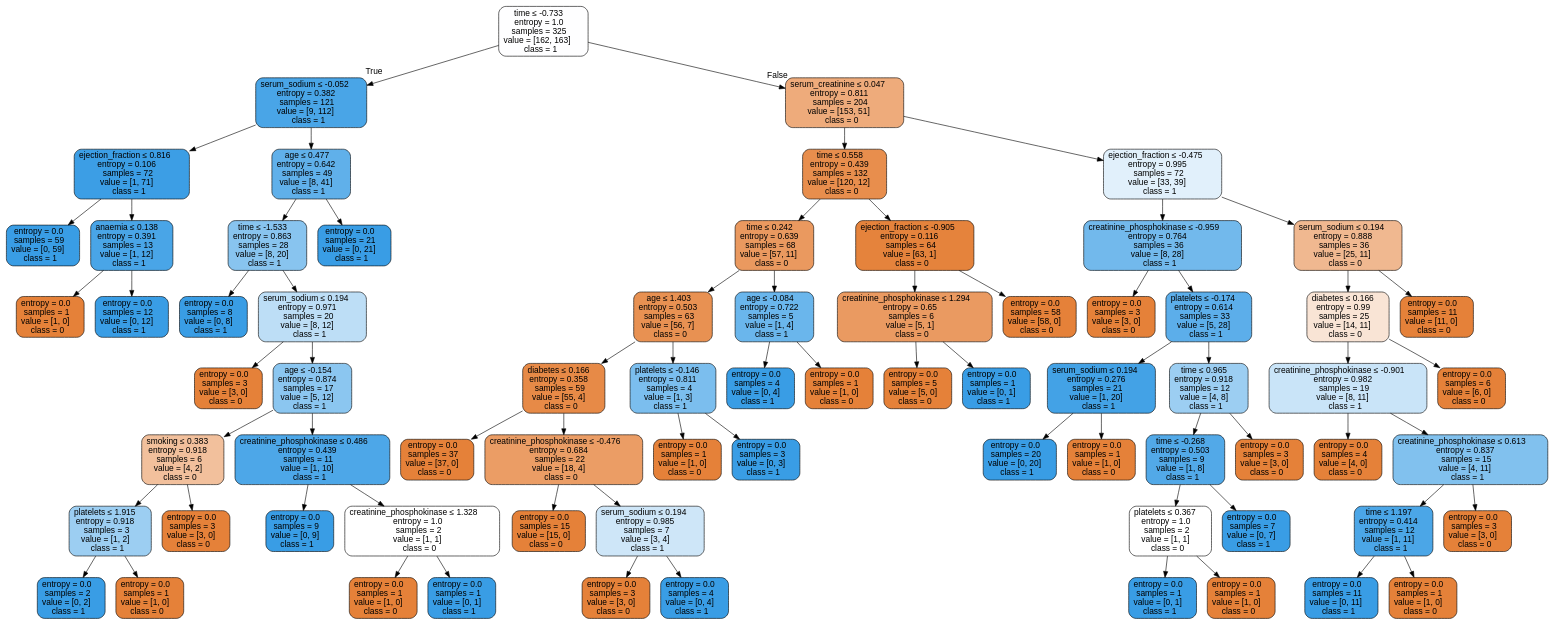
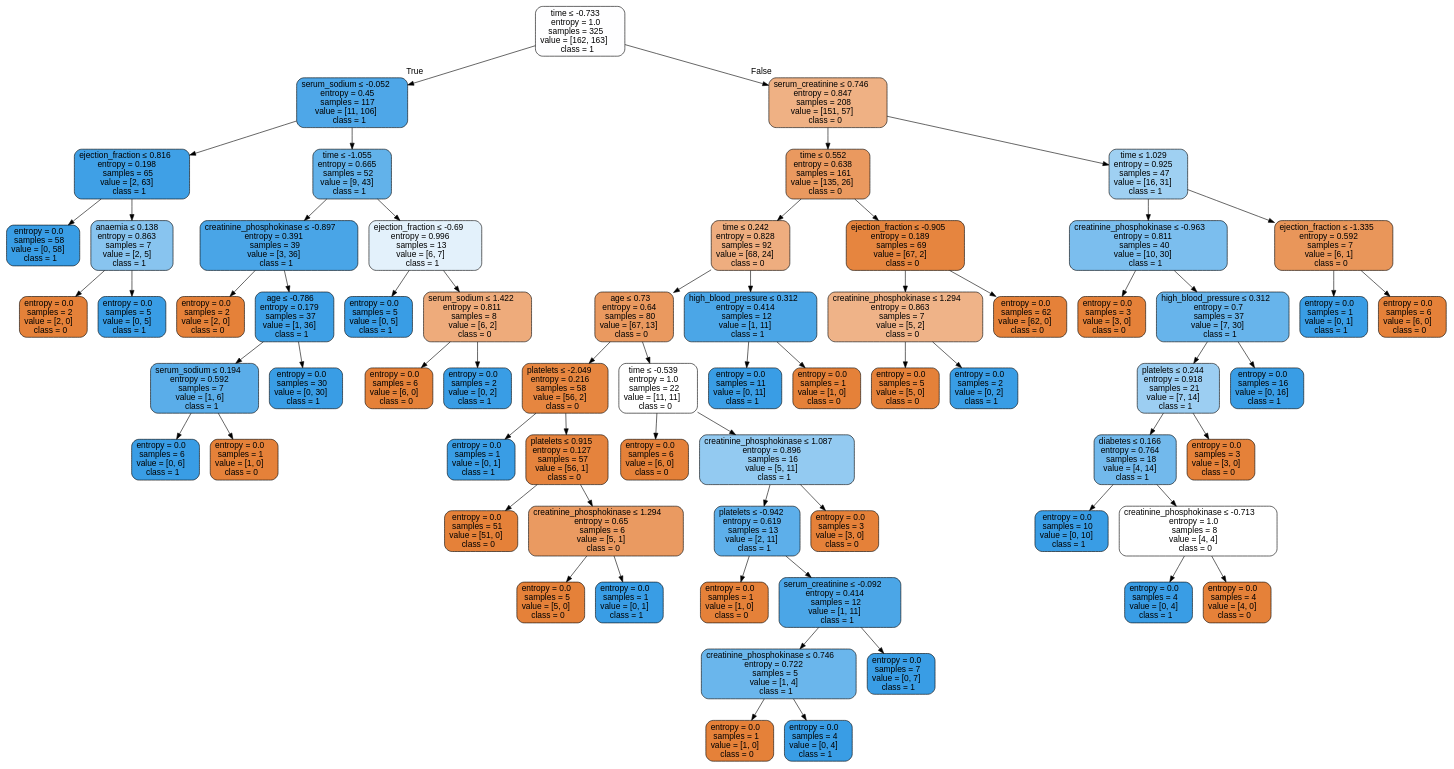
Before and after one commit to isabelSoares/CD-2021: the diagram in Labs/Results/DecisionTrees/OverSample/HFCR - OverSample - dtree.dot, drawn with Graphviz. The commit also changed 132 other files, not shown here.

```diff
--- a/Labs/Results/DecisionTrees/OverSample/HFCR - OverSample - dtree.dot
+++ b/Labs/Results/DecisionTrees/OverSample/HFCR - OverSample - dtree.dot
@@ -2,144 +2,132 @@
 node [shape=box, style="filled, rounded", color="black", fontname=helvetica] ;
 edge [fontname=helvetica] ;
 0 [label=<time &le; -0.733<br/>entropy = 1.0<br/>samples = 325<br/>value = [162, 163]<br/>class = 1>, fillcolor="#fefeff"] ;
-1 [label=<serum_sodium &le; -0.052<br/>entropy = 0.382<br/>samples = 121<br/>value = [9, 112]<br/>class = 1>, fillcolor="#49a5e7"] ;
+1 [label=<serum_sodium &le; -0.052<br/>entropy = 0.45<br/>samples = 117<br/>value = [11, 106]<br/>class = 1>, fillcolor="#4ea7e8"] ;
 0 -> 1 [labeldistance=2.5, labelangle=45, headlabel="True"] ;
-2 [label=<ejection_fraction &le; 0.816<br/>entropy = 0.106<br/>samples = 72<br/>value = [1, 71]<br/>class = 1>, fillcolor="#3c9ee5"] ;
+2 [label=<ejection_fraction &le; 0.816<br/>entropy = 0.198<br/>samples = 65<br/>value = [2, 63]<br/>class = 1>, fillcolor="#3fa0e6"] ;
 1 -> 2 ;
-3 [label=<entropy = 0.0<br/>samples = 59<br/>value = [0, 59]<br/>class = 1>, fillcolor="#399de5"] ;
+3 [label=<entropy = 0.0<br/>samples = 58<br/>value = [0, 58]<br/>class = 1>, fillcolor="#399de5"] ;
 2 -> 3 ;
-4 [label=<anaemia &le; 0.138<br/>entropy = 0.391<br/>samples = 13<br/>value = [1, 12]<br/>class = 1>, fillcolor="#49a5e7"] ;
+4 [label=<anaemia &le; 0.138<br/>entropy = 0.863<br/>samples = 7<br/>value = [2, 5]<br/>class = 1>, fillcolor="#88c4ef"] ;
 2 -> 4 ;
-5 [label=<entropy = 0.0<br/>samples = 1<br/>value = [1, 0]<br/>class = 0>, fillcolor="#e58139"] ;
+5 [label=<entropy = 0.0<br/>samples = 2<br/>value = [2, 0]<br/>class = 0>, fillcolor="#e58139"] ;
 4 -> 5 ;
-6 [label=<entropy = 0.0<br/>samples = 12<br/>value = [0, 12]<br/>class = 1>, fillcolor="#399de5"] ;
+6 [label=<entropy = 0.0<br/>samples = 5<br/>value = [0, 5]<br/>class = 1>, fillcolor="#399de5"] ;
 4 -> 6 ;
-7 [label=<age &le; 0.477<br/>entropy = 0.642<br/>samples = 49<br/>value = [8, 41]<br/>class = 1>, fillcolor="#60b0ea"] ;
+7 [label=<time &le; -1.055<br/>entropy = 0.665<br/>samples = 52<br/>value = [9, 43]<br/>class = 1>, fillcolor="#62b2ea"] ;
 1 -> 7 ;
-8 [label=<time &le; -1.533<br/>entropy = 0.863<br/>samples = 28<br/>value = [8, 20]<br/>class = 1>, fillcolor="#88c4ef"] ;
+8 [label=<creatinine_phosphokinase &le; -0.897<br/>entropy = 0.391<br/>samples = 39<br/>value = [3, 36]<br/>class = 1>, fillcolor="#49a5e7"] ;
 7 -> 8 ;
-9 [label=<entropy = 0.0<br/>samples = 8<br/>value = [0, 8]<br/>class = 1>, fillcolor="#399de5"] ;
+9 [label=<entropy = 0.0<br/>samples = 2<br/>value = [2, 0]<br/>class = 0>, fillcolor="#e58139"] ;
 8 -> 9 ;
-10 [label=<serum_sodium &le; 0.194<br/>entropy = 0.971<br/>samples = 20<br/>value = [8, 12]<br/>class = 1>, fillcolor="#bddef6"] ;
+10 [label=<age &le; -0.786<br/>entropy = 0.179<br/>samples = 37<br/>value = [1, 36]<br/>class = 1>, fillcolor="#3ea0e6"] ;
 8 -> 10 ;
-11 [label=<entropy = 0.0<br/>samples = 3<br/>value = [3, 0]<br/>class = 0>, fillcolor="#e58139"] ;
+11 [label=<serum_sodium &le; 0.194<br/>entropy = 0.592<br/>samples = 7<br/>value = [1, 6]<br/>class = 1>, fillcolor="#5aade9"] ;
 10 -> 11 ;
-12 [label=<age &le; -0.154<br/>entropy = 0.874<br/>samples = 17<br/>value = [5, 12]<br/>class = 1>, fillcolor="#8bc6f0"] ;
-10 -> 12 ;
-13 [label=<smoking &le; 0.383<br/>entropy = 0.918<br/>samples = 6<br/>value = [4, 2]<br/>class = 0>, fillcolor="#f2c09c"] ;
-12 -> 13 ;
-14 [label=<platelets &le; 1.915<br/>entropy = 0.918<br/>samples = 3<br/>value = [1, 2]<br/>class = 1>, fillcolor="#9ccef2"] ;
-13 -> 14 ;
-15 [label=<entropy = 0.0<br/>samples = 2<br/>value = [0, 2]<br/>class = 1>, fillcolor="#399de5"] ;
-14 -> 15 ;
-16 [label=<entropy = 0.0<br/>samples = 1<br/>value = [1, 0]<br/>class = 0>, fillcolor="#e58139"] ;
-14 -> 16 ;
-17 [label=<entropy = 0.0<br/>samples = 3<br/>value = [3, 0]<br/>class = 0>, fillcolor="#e58139"] ;
-13 -> 17 ;
-18 [label=<creatinine_phosphokinase &le; 0.486<br/>entropy = 0.439<br/>samples = 11<br/>value = [1, 10]<br/>class = 1>, fillcolor="#4da7e8"] ;
-12 -> 18 ;
-19 [label=<entropy = 0.0<br/>samples = 9<br/>value = [0, 9]<br/>class = 1>, fillcolor="#399de5"] ;
-18 -> 19 ;
-20 [label=<creatinine_phosphokinase &le; 1.328<br/>entropy = 1.0<br/>samples = 2<br/>value = [1, 1]<br/>class = 0>, fillcolor="#ffffff"] ;
-18 -> 20 ;
-21 [label=<entropy = 0.0<br/>samples = 1<br/>value = [1, 0]<br/>class = 0>, fillcolor="#e58139"] ;
+12 [label=<entropy = 0.0<br/>samples = 6<br/>value = [0, 6]<br/>class = 1>, fillcolor="#399de5"] ;
+11 -> 12 ;
+13 [label=<entropy = 0.0<br/>samples = 1<br/>value = [1, 0]<br/>class = 0>, fillcolor="#e58139"] ;
+11 -> 13 ;
+14 [label=<entropy = 0.0<br/>samples = 30<br/>value = [0, 30]<br/>class = 1>, fillcolor="#399de5"] ;
+10 -> 14 ;
+15 [label=<ejection_fraction &le; -0.69<br/>entropy = 0.996<br/>samples = 13<br/>value = [6, 7]<br/>class = 1>, fillcolor="#e3f1fb"] ;
+7 -> 15 ;
+16 [label=<entropy = 0.0<br/>samples = 5<br/>value = [0, 5]<br/>class = 1>, fillcolor="#399de5"] ;
+15 -> 16 ;
+17 [label=<serum_sodium &le; 1.422<br/>entropy = 0.811<br/>samples = 8<br/>value = [6, 2]<br/>class = 0>, fillcolor="#eeab7b"] ;
+15 -> 17 ;
+18 [label=<entropy = 0.0<br/>samples = 6<br/>value = [6, 0]<br/>class = 0>, fillcolor="#e58139"] ;
+17 -> 18 ;
+19 [label=<entropy = 0.0<br/>samples = 2<br/>value = [0, 2]<br/>class = 1>, fillcolor="#399de5"] ;
+17 -> 19 ;
+20 [label=<serum_creatinine &le; 0.746<br/>entropy = 0.847<br/>samples = 208<br/>value = [151, 57]<br/>class = 0>, fillcolor="#efb184"] ;
+0 -> 20 [labeldistance=2.5, labelangle=-45, headlabel="False"] ;
+21 [label=<time &le; 0.552<br/>entropy = 0.638<br/>samples = 161<br/>value = [135, 26]<br/>class = 0>, fillcolor="#ea995f"] ;
 20 -> 21 ;
-22 [label=<entropy = 0.0<br/>samples = 1<br/>value = [0, 1]<br/>class = 1>, fillcolor="#399de5"] ;
-20 -> 22 ;
-23 [label=<entropy = 0.0<br/>samples = 21<br/>value = [0, 21]<br/>class = 1>, fillcolor="#399de5"] ;
-7 -> 23 ;
-24 [label=<serum_creatinine &le; 0.047<br/>entropy = 0.811<br/>samples = 204<br/>value = [153, 51]<br/>class = 0>, fillcolor="#eeab7b"] ;
-0 -> 24 [labeldistance=2.5, labelangle=-45, headlabel="False"] ;
-25 [label=<time &le; 0.558<br/>entropy = 0.439<br/>samples = 132<br/>value = [120, 12]<br/>class = 0>, fillcolor="#e88e4d"] ;
+22 [label=<time &le; 0.242<br/>entropy = 0.828<br/>samples = 92<br/>value = [68, 24]<br/>class = 0>, fillcolor="#eead7f"] ;
+21 -> 22 ;
+23 [label=<age &le; 0.73<br/>entropy = 0.64<br/>samples = 80<br/>value = [67, 13]<br/>class = 0>, fillcolor="#ea995f"] ;
+22 -> 23 ;
+24 [label=<platelets &le; -2.049<br/>entropy = 0.216<br/>samples = 58<br/>value = [56, 2]<br/>class = 0>, fillcolor="#e68640"] ;
+23 -> 24 ;
+25 [label=<entropy = 0.0<br/>samples = 1<br/>value = [0, 1]<br/>class = 1>, fillcolor="#399de5"] ;
 24 -> 25 ;
-26 [label=<time &le; 0.242<br/>entropy = 0.639<br/>samples = 68<br/>value = [57, 11]<br/>class = 0>, fillcolor="#ea995f"] ;
-25 -> 26 ;
-27 [label=<age &le; 1.403<br/>entropy = 0.503<br/>samples = 63<br/>value = [56, 7]<br/>class = 0>, fillcolor="#e89152"] ;
+26 [label=<platelets &le; 0.915<br/>entropy = 0.127<br/>samples = 57<br/>value = [56, 1]<br/>class = 0>, fillcolor="#e5833d"] ;
+24 -> 26 ;
+27 [label=<entropy = 0.0<br/>samples = 51<br/>value = [51, 0]<br/>class = 0>, fillcolor="#e58139"] ;
 26 -> 27 ;
-28 [label=<diabetes &le; 0.166<br/>entropy = 0.358<br/>samples = 59<br/>value = [55, 4]<br/>class = 0>, fillcolor="#e78a47"] ;
-27 -> 28 ;
-29 [label=<entropy = 0.0<br/>samples = 37<br/>value = [37, 0]<br/>class = 0>, fillcolor="#e58139"] ;
+28 [label=<creatinine_phosphokinase &le; 1.294<br/>entropy = 0.65<br/>samples = 6<br/>value = [5, 1]<br/>class = 0>, fillcolor="#ea9a61"] ;
+26 -> 28 ;
+29 [label=<entropy = 0.0<br/>samples = 5<br/>value = [5, 0]<br/>class = 0>, fillcolor="#e58139"] ;
 28 -> 29 ;
-30 [label=<creatinine_phosphokinase &le; -0.476<br/>entropy = 0.684<br/>samples = 22<br/>value = [18, 4]<br/>class = 0>, fillcolor="#eb9d65"] ;
+30 [label=<entropy = 0.0<br/>samples = 1<br/>value = [0, 1]<br/>class = 1>, fillcolor="#399de5"] ;
 28 -> 30 ;
-31 [label=<entropy = 0.0<br/>samples = 15<br/>value = [15, 0]<br/>class = 0>, fillcolor="#e58139"] ;
-30 -> 31 ;
-32 [label=<serum_sodium &le; 0.194<br/>entropy = 0.985<br/>samples = 7<br/>value = [3, 4]<br/>class = 1>, fillcolor="#cee6f8"] ;
-30 -> 32 ;
-33 [label=<entropy = 0.0<br/>samples = 3<br/>value = [3, 0]<br/>class = 0>, fillcolor="#e58139"] ;
-32 -> 33 ;
-34 [label=<entropy = 0.0<br/>samples = 4<br/>value = [0, 4]<br/>class = 1>, fillcolor="#399de5"] ;
-32 -> 34 ;
-35 [label=<platelets &le; -0.146<br/>entropy = 0.811<br/>samples = 4<br/>value = [1, 3]<br/>class = 1>, fillcolor="#7bbeee"] ;
-27 -> 35 ;
-36 [label=<entropy = 0.0<br/>samples = 1<br/>value = [1, 0]<br/>class = 0>, fillcolor="#e58139"] ;
-35 -> 36 ;
-37 [label=<entropy = 0.0<br/>samples = 3<br/>value = [0, 3]<br/>class = 1>, fillcolor="#399de5"] ;
-35 -> 37 ;
-38 [label=<age &le; -0.084<br/>entropy = 0.722<br/>samples = 5<br/>value = [1, 4]<br/>class = 1>, fillcolor="#6ab6ec"] ;
-26 -> 38 ;
+31 [label=<time &le; -0.539<br/>entropy = 1.0<br/>samples = 22<br/>value = [11, 11]<br/>class = 0>, fillcolor="#ffffff"] ;
+23 -> 31 ;
+32 [label=<entropy = 0.0<br/>samples = 6<br/>value = [6, 0]<br/>class = 0>, fillcolor="#e58139"] ;
+31 -> 32 ;
+33 [label=<creatinine_phosphokinase &le; 1.087<br/>entropy = 0.896<br/>samples = 16<br/>value = [5, 11]<br/>class = 1>, fillcolor="#93caf1"] ;
+31 -> 33 ;
+34 [label=<platelets &le; -0.942<br/>entropy = 0.619<br/>samples = 13<br/>value = [2, 11]<br/>class = 1>, fillcolor="#5dafea"] ;
+33 -> 34 ;
+35 [label=<entropy = 0.0<br/>samples = 1<br/>value = [1, 0]<br/>class = 0>, fillcolor="#e58139"] ;
+34 -> 35 ;
+36 [label=<serum_creatinine &le; -0.092<br/>entropy = 0.414<br/>samples = 12<br/>value = [1, 11]<br/>class = 1>, fillcolor="#4ba6e7"] ;
+34 -> 36 ;
+37 [label=<creatinine_phosphokinase &le; 0.746<br/>entropy = 0.722<br/>samples = 5<br/>value = [1, 4]<br/>class = 1>, fillcolor="#6ab6ec"] ;
+36 -> 37 ;
+38 [label=<entropy = 0.0<br/>samples = 1<br/>value = [1, 0]<br/>class = 0>, fillcolor="#e58139"] ;
+37 -> 38 ;
 39 [label=<entropy = 0.0<br/>samples = 4<br/>value = [0, 4]<br/>class = 1>, fillcolor="#399de5"] ;
-38 -> 39 ;
-40 [label=<entropy = 0.0<br/>samples = 1<br/>value = [1, 0]<br/>class = 0>, fillcolor="#e58139"] ;
-38 -> 40 ;
-41 [label=<ejection_fraction &le; -0.905<br/>entropy = 0.116<br/>samples = 64<br/>value = [63, 1]<br/>class = 0>, fillcolor="#e5833c"] ;
-25 -> 41 ;
-42 [label=<creatinine_phosphokinase &le; 1.294<br/>entropy = 0.65<br/>samples = 6<br/>value = [5, 1]<br/>class = 0>, fillcolor="#ea9a61"] ;
-41 -> 42 ;
-43 [label=<entropy = 0.0<br/>samples = 5<br/>value = [5, 0]<br/>class = 0>, fillcolor="#e58139"] ;
+37 -> 39 ;
+40 [label=<entropy = 0.0<br/>samples = 7<br/>value = [0, 7]<br/>class = 1>, fillcolor="#399de5"] ;
+36 -> 40 ;
+41 [label=<entropy = 0.0<br/>samples = 3<br/>value = [3, 0]<br/>class = 0>, fillcolor="#e58139"] ;
+33 -> 41 ;
+42 [label=<high_blood_pressure &le; 0.312<br/>entropy = 0.414<br/>samples = 12<br/>value = [1, 11]<br/>class = 1>, fillcolor="#4ba6e7"] ;
+22 -> 42 ;
+43 [label=<entropy = 0.0<br/>samples = 11<br/>value = [0, 11]<br/>class = 1>, fillcolor="#399de5"] ;
 42 -> 43 ;
-44 [label=<entropy = 0.0<br/>samples = 1<br/>value = [0, 1]<br/>class = 1>, fillcolor="#399de5"] ;
+44 [label=<entropy = 0.0<br/>samples = 1<br/>value = [1, 0]<br/>class = 0>, fillcolor="#e58139"] ;
 42 -> 44 ;
-45 [label=<entropy = 0.0<br/>samples = 58<br/>value = [58, 0]<br/>class = 0>, fillcolor="#e58139"] ;
-41 -> 45 ;
-46 [label=<ejection_fraction &le; -0.475<br/>entropy = 0.995<br/>samples = 72<br/>value = [33, 39]<br/>class = 1>, fillcolor="#e1f0fb"] ;
-24 -> 46 ;
-47 [label=<creatinine_phosphokinase &le; -0.959<br/>entropy = 0.764<br/>samples = 36<br/>value = [8, 28]<br/>class = 1>, fillcolor="#72b9ec"] ;
+45 [label=<ejection_fraction &le; -0.905<br/>entropy = 0.189<br/>samples = 69<br/>value = [67, 2]<br/>class = 0>, fillcolor="#e6853f"] ;
+21 -> 45 ;
+46 [label=<creatinine_phosphokinase &le; 1.294<br/>entropy = 0.863<br/>samples = 7<br/>value = [5, 2]<br/>class = 0>, fillcolor="#efb388"] ;
+45 -> 46 ;
+47 [label=<entropy = 0.0<br/>samples = 5<br/>value = [5, 0]<br/>class = 0>, fillcolor="#e58139"] ;
 46 -> 47 ;
-48 [label=<entropy = 0.0<br/>samples = 3<br/>value = [3, 0]<br/>class = 0>, fillcolor="#e58139"] ;
-47 -> 48 ;
-49 [label=<platelets &le; -0.174<br/>entropy = 0.614<br/>samples = 33<br/>value = [5, 28]<br/>class = 1>, fillcolor="#5caeea"] ;
-47 -> 49 ;
-50 [label=<serum_sodium &le; 0.194<br/>entropy = 0.276<br/>samples = 21<br/>value = [1, 20]<br/>class = 1>, fillcolor="#43a2e6"] ;
-49 -> 50 ;
-51 [label=<entropy = 0.0<br/>samples = 20<br/>value = [0, 20]<br/>class = 1>, fillcolor="#399de5"] ;
+48 [label=<entropy = 0.0<br/>samples = 2<br/>value = [0, 2]<br/>class = 1>, fillcolor="#399de5"] ;
+46 -> 48 ;
+49 [label=<entropy = 0.0<br/>samples = 62<br/>value = [62, 0]<br/>class = 0>, fillcolor="#e58139"] ;
+45 -> 49 ;
+50 [label=<time &le; 1.029<br/>entropy = 0.925<br/>samples = 47<br/>value = [16, 31]<br/>class = 1>, fillcolor="#9fd0f2"] ;
+20 -> 50 ;
+51 [label=<creatinine_phosphokinase &le; -0.963<br/>entropy = 0.811<br/>samples = 40<br/>value = [10, 30]<br/>class = 1>, fillcolor="#7bbeee"] ;
 50 -> 51 ;
-52 [label=<entropy = 0.0<br/>samples = 1<br/>value = [1, 0]<br/>class = 0>, fillcolor="#e58139"] ;
-50 -> 52 ;
-53 [label=<time &le; 0.965<br/>entropy = 0.918<br/>samples = 12<br/>value = [4, 8]<br/>class = 1>, fillcolor="#9ccef2"] ;
-49 -> 53 ;
-54 [label=<time &le; -0.268<br/>entropy = 0.503<br/>samples = 9<br/>value = [1, 8]<br/>class = 1>, fillcolor="#52a9e8"] ;
+52 [label=<entropy = 0.0<br/>samples = 3<br/>value = [3, 0]<br/>class = 0>, fillcolor="#e58139"] ;
+51 -> 52 ;
+53 [label=<high_blood_pressure &le; 0.312<br/>entropy = 0.7<br/>samples = 37<br/>value = [7, 30]<br/>class = 1>, fillcolor="#67b4eb"] ;
+51 -> 53 ;
+54 [label=<platelets &le; 0.244<br/>entropy = 0.918<br/>samples = 21<br/>value = [7, 14]<br/>class = 1>, fillcolor="#9ccef2"] ;
 53 -> 54 ;
-55 [label=<platelets &le; 0.367<br/>entropy = 1.0<br/>samples = 2<br/>value = [1, 1]<br/>class = 0>, fillcolor="#ffffff"] ;
+55 [label=<diabetes &le; 0.166<br/>entropy = 0.764<br/>samples = 18<br/>value = [4, 14]<br/>class = 1>, fillcolor="#72b9ec"] ;
 54 -> 55 ;
-56 [label=<entropy = 0.0<br/>samples = 1<br/>value = [0, 1]<br/>class = 1>, fillcolor="#399de5"] ;
+56 [label=<entropy = 0.0<br/>samples = 10<br/>value = [0, 10]<br/>class = 1>, fillcolor="#399de5"] ;
 55 -> 56 ;
-57 [label=<entropy = 0.0<br/>samples = 1<br/>value = [1, 0]<br/>class = 0>, fillcolor="#e58139"] ;
+57 [label=<creatinine_phosphokinase &le; -0.713<br/>entropy = 1.0<br/>samples = 8<br/>value = [4, 4]<br/>class = 0>, fillcolor="#ffffff"] ;
 55 -> 57 ;
-58 [label=<entropy = 0.0<br/>samples = 7<br/>value = [0, 7]<br/>class = 1>, fillcolor="#399de5"] ;
-54 -> 58 ;
-59 [label=<entropy = 0.0<br/>samples = 3<br/>value = [3, 0]<br/>class = 0>, fillcolor="#e58139"] ;
-53 -> 59 ;
-60 [label=<serum_sodium &le; 0.194<br/>entropy = 0.888<br/>samples = 36<br/>value = [25, 11]<br/>class = 0>, fillcolor="#f0b890"] ;
-46 -> 60 ;
-61 [label=<diabetes &le; 0.166<br/>entropy = 0.99<br/>samples = 25<br/>value = [14, 11]<br/>class = 0>, fillcolor="#f9e4d5"] ;
-60 -> 61 ;
-62 [label=<creatinine_phosphokinase &le; -0.901<br/>entropy = 0.982<br/>samples = 19<br/>value = [8, 11]<br/>class = 1>, fillcolor="#c9e4f8"] ;
-61 -> 62 ;
-63 [label=<entropy = 0.0<br/>samples = 4<br/>value = [4, 0]<br/>class = 0>, fillcolor="#e58139"] ;
+58 [label=<entropy = 0.0<br/>samples = 4<br/>value = [0, 4]<br/>class = 1>, fillcolor="#399de5"] ;
+57 -> 58 ;
+59 [label=<entropy = 0.0<br/>samples = 4<br/>value = [4, 0]<br/>class = 0>, fillcolor="#e58139"] ;
+57 -> 59 ;
+60 [label=<entropy = 0.0<br/>samples = 3<br/>value = [3, 0]<br/>class = 0>, fillcolor="#e58139"] ;
+54 -> 60 ;
+61 [label=<entropy = 0.0<br/>samples = 16<br/>value = [0, 16]<br/>class = 1>, fillcolor="#399de5"] ;
+53 -> 61 ;
+62 [label=<ejection_fraction &le; -1.335<br/>entropy = 0.592<br/>samples = 7<br/>value = [6, 1]<br/>class = 0>, fillcolor="#e9965a"] ;
+50 -> 62 ;
+63 [label=<entropy = 0.0<br/>samples = 1<br/>value = [0, 1]<br/>class = 1>, fillcolor="#399de5"] ;
 62 -> 63 ;
-64 [label=<creatinine_phosphokinase &le; 0.613<br/>entropy = 0.837<br/>samples = 15<br/>value = [4, 11]<br/>class = 1>, fillcolor="#81c1ee"] ;
+64 [label=<entropy = 0.0<br/>samples = 6<br/>value = [6, 0]<br/>class = 0>, fillcolor="#e58139"] ;
 62 -> 64 ;
-65 [label=<time &le; 1.197<br/>entropy = 0.414<br/>samples = 12<br/>value = [1, 11]<br/>class = 1>, fillcolor="#4ba6e7"] ;
-64 -> 65 ;
-66 [label=<entropy = 0.0<br/>samples = 11<br/>value = [0, 11]<br/>class = 1>, fillcolor="#399de5"] ;
-65 -> 66 ;
-67 [label=<entropy = 0.0<br/>samples = 1<br/>value = [1, 0]<br/>class = 0>, fillcolor="#e58139"] ;
-65 -> 67 ;
-68 [label=<entropy = 0.0<br/>samples = 3<br/>value = [3, 0]<br/>class = 0>, fillcolor="#e58139"] ;
-64 -> 68 ;
-69 [label=<entropy = 0.0<br/>samples = 6<br/>value = [6, 0]<br/>class = 0>, fillcolor="#e58139"] ;
-61 -> 69 ;
-70 [label=<entropy = 0.0<br/>samples = 11<br/>value = [11, 0]<br/>class = 0>, fillcolor="#e58139"] ;
-60 -> 70 ;
 }
```
